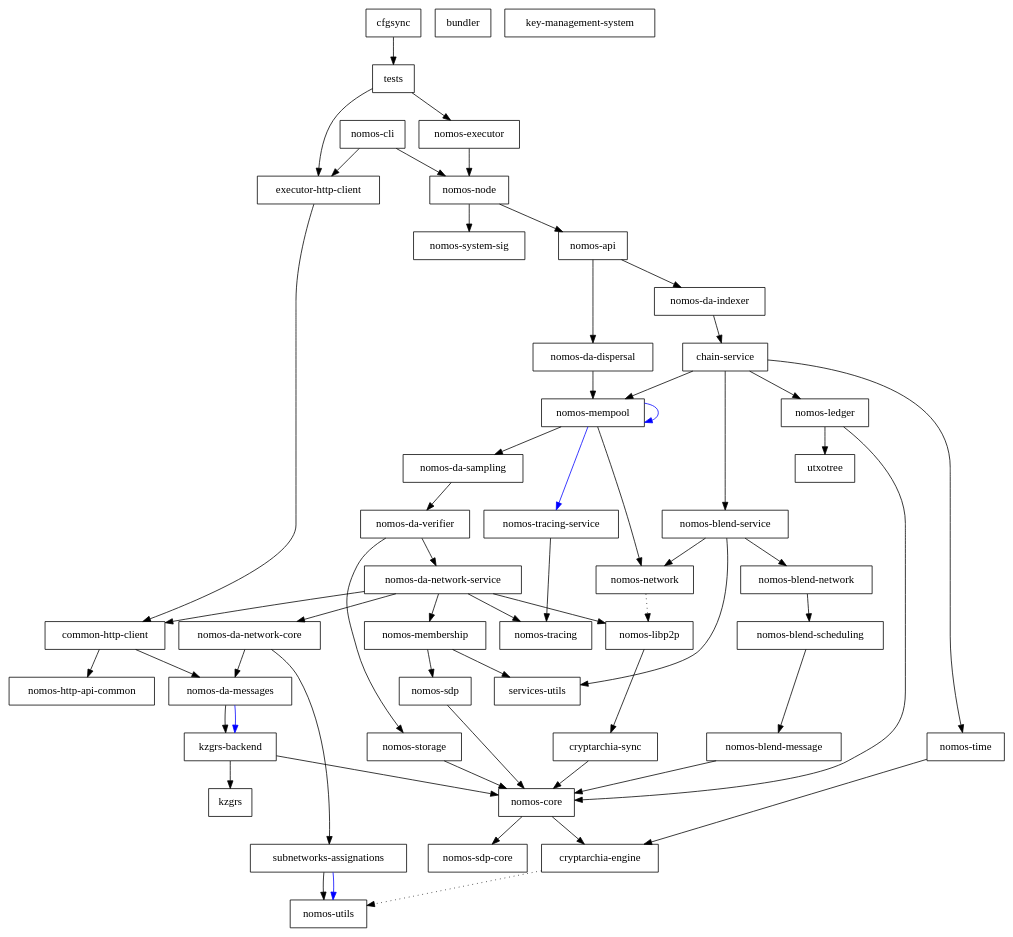
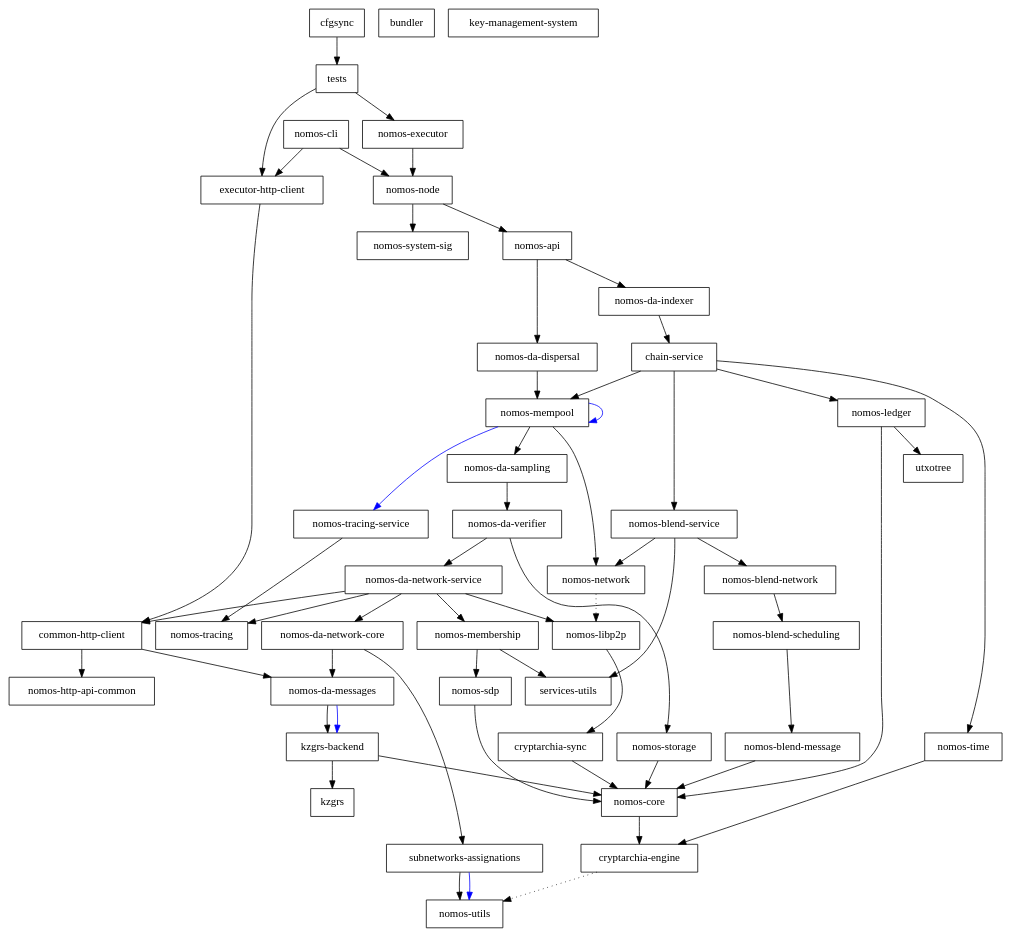
One commit to Astro521/logos-blockchain changed the diagram in dependencies_graph.dot. Above: the diagram before and after it, drawn with Graphviz. The commit also changed 34 other files, not shown here.

Commit message:
refactor(sdp): SDP definitions in nomos-core (#1458)

```diff
--- a/dependencies_graph.dot
+++ b/dependencies_graph.dot
@@ -1,105 +1,103 @@
 digraph {
     0 [ label = "cryptarchia-engine" shape = box]
     1 [ label = "nomos-utils" shape = box]
     2 [ label = "cryptarchia-sync" shape = box]
     3 [ label = "nomos-core" shape = box]
-    4 [ label = "nomos-sdp-core" shape = box]
-    5 [ label = "nomos-ledger" shape = box]
-    6 [ label = "utxotree" shape = box]
-    7 [ label = "nomos-http-api-common" shape = box]
-    8 [ label = "nomos-executor" shape = box]
-    9 [ label = "kzgrs-backend" shape = box]
-    10 [ label = "kzgrs" shape = box]
-    11 [ label = "nomos-api" shape = box]
-    12 [ label = "chain-service" shape = box]
-    13 [ label = "nomos-blend-service" shape = box]
-    14 [ label = "nomos-blend-message" shape = box]
-    15 [ label = "nomos-blend-network" shape = box]
-    16 [ label = "nomos-blend-scheduling" shape = box]
-    17 [ label = "nomos-libp2p" shape = box]
-    18 [ label = "nomos-network" shape = box]
-    19 [ label = "services-utils" shape = box]
-    20 [ label = "nomos-da-sampling" shape = box]
-    21 [ label = "nomos-da-network-core" shape = box]
-    22 [ label = "nomos-da-messages" shape = box]
-    23 [ label = "subnetworks-assignations" shape = box]
-    24 [ label = "nomos-da-network-service" shape = box]
-    25 [ label = "common-http-client" shape = box]
-    26 [ label = "nomos-membership" shape = box]
-    27 [ label = "nomos-sdp" shape = box]
-    28 [ label = "nomos-tracing" shape = box]
-    29 [ label = "nomos-da-verifier" shape = box]
-    30 [ label = "nomos-storage" shape = box]
-    31 [ label = "nomos-mempool" shape = box]
-    32 [ label = "nomos-tracing-service" shape = box]
-    33 [ label = "nomos-time" shape = box]
-    34 [ label = "nomos-da-dispersal" shape = box]
-    35 [ label = "nomos-da-indexer" shape = box]
-    36 [ label = "nomos-node" shape = box]
-    37 [ label = "nomos-system-sig" shape = box]
-    38 [ label = "executor-http-client" shape = box]
-    39 [ label = "bundler" shape = box]
-    40 [ label = "nomos-cli" shape = box]
-    41 [ label = "key-management-system" shape = box]
-    42 [ label = "cfgsync" shape = box]
-    43 [ label = "tests" shape = box]
+    4 [ label = "nomos-ledger" shape = box]
+    5 [ label = "utxotree" shape = box]
+    6 [ label = "nomos-http-api-common" shape = box]
+    7 [ label = "nomos-executor" shape = box]
+    8 [ label = "kzgrs-backend" shape = box]
+    9 [ label = "kzgrs" shape = box]
+    10 [ label = "nomos-api" shape = box]
+    11 [ label = "chain-service" shape = box]
+    12 [ label = "nomos-blend-service" shape = box]
+    13 [ label = "nomos-blend-message" shape = box]
+    14 [ label = "nomos-blend-network" shape = box]
+    15 [ label = "nomos-blend-scheduling" shape = box]
+    16 [ label = "nomos-libp2p" shape = box]
+    17 [ label = "nomos-network" shape = box]
+    18 [ label = "services-utils" shape = box]
+    19 [ label = "nomos-da-sampling" shape = box]
+    20 [ label = "nomos-da-network-core" shape = box]
+    21 [ label = "nomos-da-messages" shape = box]
+    22 [ label = "subnetworks-assignations" shape = box]
+    23 [ label = "nomos-da-network-service" shape = box]
+    24 [ label = "common-http-client" shape = box]
+    25 [ label = "nomos-membership" shape = box]
+    26 [ label = "nomos-sdp" shape = box]
+    27 [ label = "nomos-tracing" shape = box]
+    28 [ label = "nomos-da-verifier" shape = box]
+    29 [ label = "nomos-storage" shape = box]
+    30 [ label = "nomos-mempool" shape = box]
+    31 [ label = "nomos-tracing-service" shape = box]
+    32 [ label = "nomos-time" shape = box]
+    33 [ label = "nomos-da-dispersal" shape = box]
+    34 [ label = "nomos-da-indexer" shape = box]
+    35 [ label = "nomos-node" shape = box]
+    36 [ label = "nomos-system-sig" shape = box]
+    37 [ label = "executor-http-client" shape = box]
+    38 [ label = "bundler" shape = box]
+    39 [ label = "nomos-cli" shape = box]
+    40 [ label = "key-management-system" shape = box]
+    41 [ label = "cfgsync" shape = box]
+    42 [ label = "tests" shape = box]
     0 -> 1 [ style = dotted]
     2 -> 3 [ ]
     3 -> 0 [ ]
-    3 -> 4 [ ]
-    5 -> 3 [ ]
-    5 -> 6 [ ]
-    8 -> 36 [ ]
-    9 -> 10 [ ]
-    9 -> 3 [ ]
-    11 -> 34 [ ]
-    11 -> 35 [ ]
-    12 -> 13 [ ]
-    12 -> 5 [ ]
-    12 -> 31 [ ]
-    12 -> 33 [ ]
-    13 -> 15 [ ]
-    13 -> 18 [ ]
-    13 -> 19 [ ]
-    14 -> 3 [ ]
-    15 -> 16 [ ]
-    16 -> 14 [ ]
-    17 -> 2 [ ]
-    18 -> 17 [ style = dotted]
-    20 -> 29 [ ]
-    21 -> 22 [ ]
-    21 -> 23 [ ]
-    22 -> 9 [ ]
-    22 -> 9 [ color = blue]
-    23 -> 1 [ ]
-    23 -> 1 [ color = blue]
-    24 -> 25 [ ]
+    4 -> 3 [ ]
+    4 -> 5 [ ]
+    7 -> 35 [ ]
+    8 -> 9 [ ]
+    8 -> 3 [ ]
+    10 -> 33 [ ]
+    10 -> 34 [ ]
+    11 -> 12 [ ]
+    11 -> 4 [ ]
+    11 -> 30 [ ]
+    11 -> 32 [ ]
+    12 -> 14 [ ]
+    12 -> 17 [ ]
+    12 -> 18 [ ]
+    13 -> 3 [ ]
+    14 -> 15 [ ]
+    15 -> 13 [ ]
+    16 -> 2 [ ]
+    17 -> 16 [ style = dotted]
+    19 -> 28 [ ]
+    20 -> 21 [ ]
+    20 -> 22 [ ]
+    21 -> 8 [ ]
+    21 -> 8 [ color = blue]
+    22 -> 1 [ ]
+    22 -> 1 [ color = blue]
+    23 -> 24 [ ]
+    23 -> 20 [ ]
+    23 -> 16 [ ]
+    23 -> 25 [ ]
+    23 -> 27 [ ]
     24 -> 21 [ ]
-    24 -> 17 [ ]
-    24 -> 26 [ ]
-    24 -> 28 [ ]
-    25 -> 22 [ ]
-    25 -> 7 [ ]
-    26 -> 27 [ ]
-    26 -> 19 [ ]
-    27 -> 3 [ ]
-    29 -> 24 [ ]
-    29 -> 30 [ ]
-    30 -> 3 [ ]
-    31 -> 20 [ ]
-    31 -> 31 [ color = blue]
-    31 -> 18 [ ]
-    31 -> 32 [ color = blue]
-    32 -> 28 [ ]
-    33 -> 0 [ ]
-    34 -> 31 [ ]
-    35 -> 12 [ ]
-    36 -> 11 [ ]
-    36 -> 37 [ ]
-    38 -> 25 [ ]
-    40 -> 38 [ ]
-    40 -> 36 [ ]
-    42 -> 43 [ ]
-    43 -> 38 [ ]
-    43 -> 8 [ ]
+    24 -> 6 [ ]
+    25 -> 26 [ ]
+    25 -> 18 [ ]
+    26 -> 3 [ ]
+    28 -> 23 [ ]
+    28 -> 29 [ ]
+    29 -> 3 [ ]
+    30 -> 19 [ ]
+    30 -> 30 [ color = blue]
+    30 -> 17 [ ]
+    30 -> 31 [ color = blue]
+    31 -> 27 [ ]
+    32 -> 0 [ ]
+    33 -> 30 [ ]
+    34 -> 11 [ ]
+    35 -> 10 [ ]
+    35 -> 36 [ ]
+    37 -> 24 [ ]
+    39 -> 37 [ ]
+    39 -> 35 [ ]
+    41 -> 42 [ ]
+    42 -> 37 [ ]
+    42 -> 7 [ ]
 }
```
